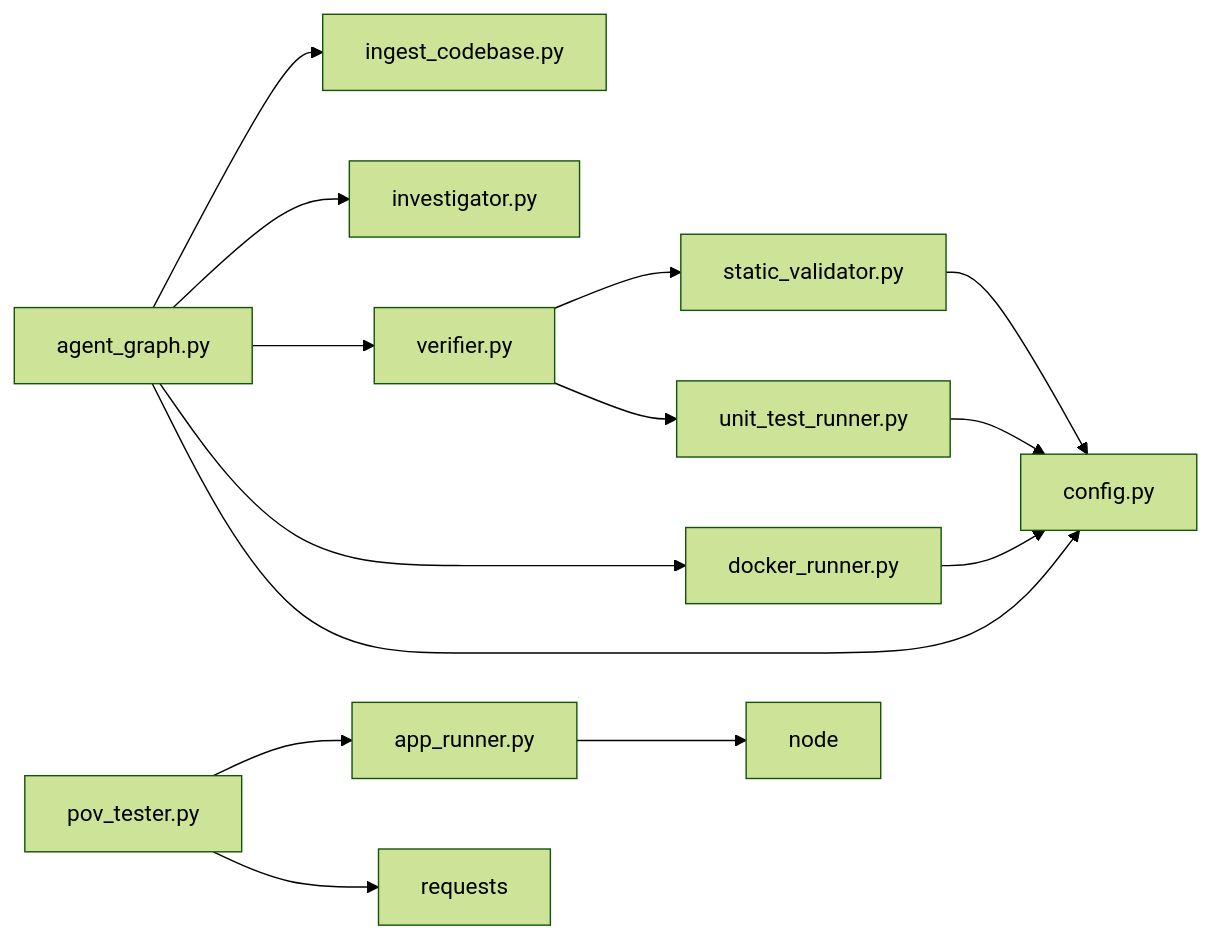
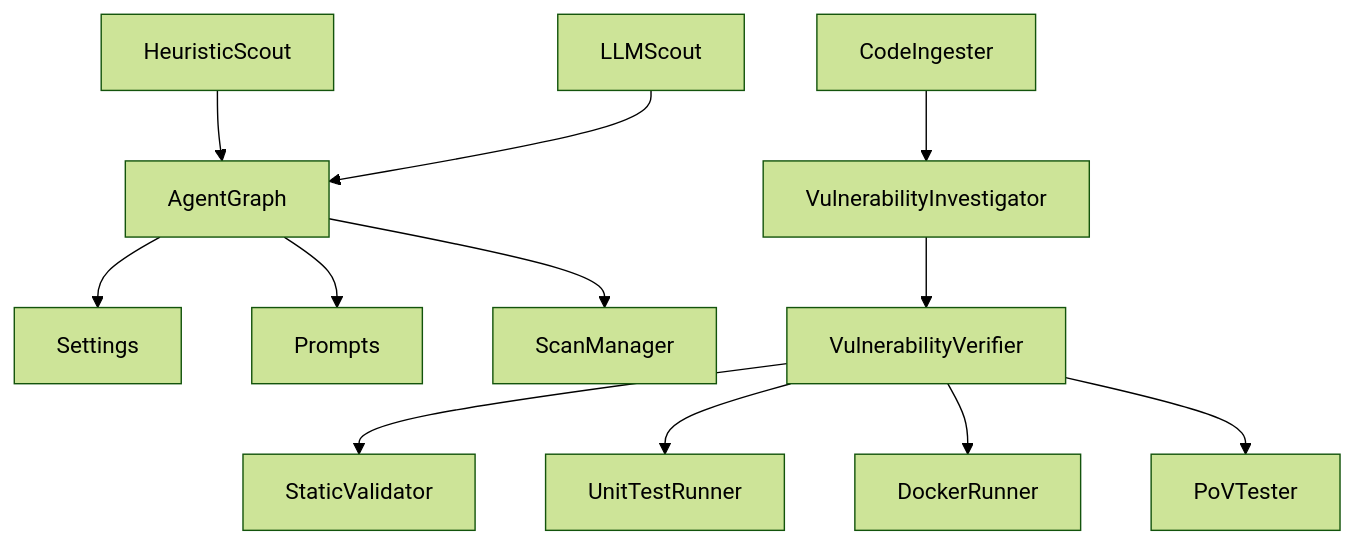
Before and after one commit to keysight-anya/AutoPoV: the eighth of 8 diagrams in .qoder/repowiki/en/content/Agent System/Agent System.md, drawn with Mermaid (forest theme). The commit also changed other lines of this file and 218 other files, not shown here.

````diff
--- a/.qoder/repowiki/en/content/Agent System/Agent System.md
+++ b/.qoder/repowiki/en/content/Agent System/Agent System.md
@@ -607,16 +457,18 @@
 ```mermaid
-graph LR
-AG["agent_graph.py"] --> IC["ingest_codebase.py"]
-AG --> IV["investigator.py"]
-AG --> VR["verifier.py"]
-AG --> DR["docker_runner.py"]
-AG --> CFG["config.py"]
-VR --> SV["static_validator.py"]
-VR --> UT["unit_test_runner.py"]
-PT["pov_tester.py"] --> AR["app_runner.py"]
-PT --> REQ["requests"]
-AR --> NODE["node"]
-DR --> CFG
-SV --> CFG
-UT --> CFG
+graph TB
+CFG["Settings"]
+PR["Prompts"]
+AG["AgentGraph"]
+SM["ScanManager"]
+HS["HeuristicScout"] --> AG
+LLM_S["LLMScout"] --> AG
+CI["CodeIngester"] --> INV["VulnerabilityInvestigator"]
+INV --> VFY["VulnerabilityVerifier"]
+VFY --> SV["StaticValidator"]
+VFY --> UTR["UnitTestRunner"]
+VFY --> DR["DockerRunner"]
+VFY --> PT["PoVTester"]
+AG --> SM
+AG --> CFG
+AG --> PR
 ```
````
